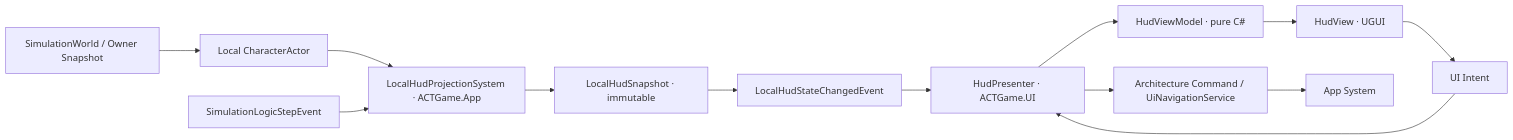
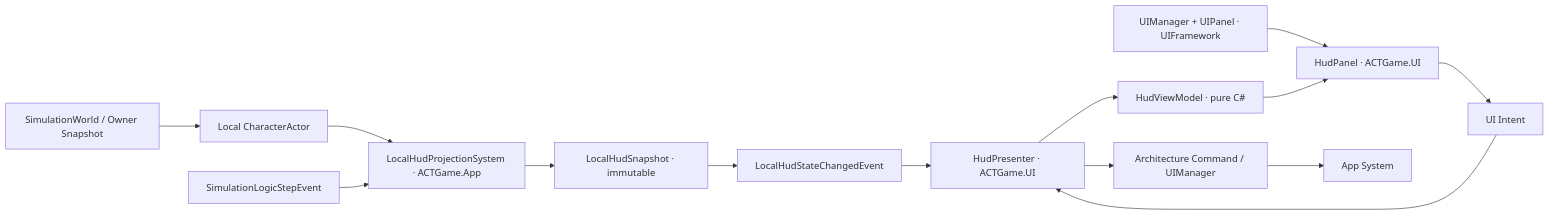
The first of 2 diagrams in docs/2026.9.19/UI_FRAMEWORK_PLAN.md (diosamacao/DiavoloGame), drawn with Mermaid before and after one commit. The commit also changed other lines of this file and 5 other files, not shown here.

````diff
--- a/docs/2026.9.19/UI_FRAMEWORK_PLAN.md
+++ b/docs/2026.9.19/UI_FRAMEWORK_PLAN.md
@@ -86,15 +90,16 @@
 ```mermaid
 flowchart LR
     Sim["SimulationWorld / Owner Snapshot"] --> Actor["Local CharacterActor"]
     Actor --> Projection["LocalHudProjectionSystem · ACTGame.App"]
     Step["SimulationLogicStepEvent"] --> Projection
     Projection --> Snapshot["LocalHudSnapshot · immutable"]
     Snapshot --> AppEvent["LocalHudStateChangedEvent"]
     AppEvent --> Presenter["HudPresenter · ACTGame.UI"]
     Presenter --> VM["HudViewModel · pure C#"]
-    VM --> View["HudView · UGUI"]
+    Framework["UIManager + UIPanel · UIFramework"] --> View["HudPanel · ACTGame.UI"]
+    VM --> View
     View --> Intent["UI Intent"]
     Intent --> Presenter
-    Presenter --> Command["Architecture Command / UiNavigationService"]
+    Presenter --> Command["Architecture Command / UIManager"]
     Command --> App["App System"]
 ```
````
